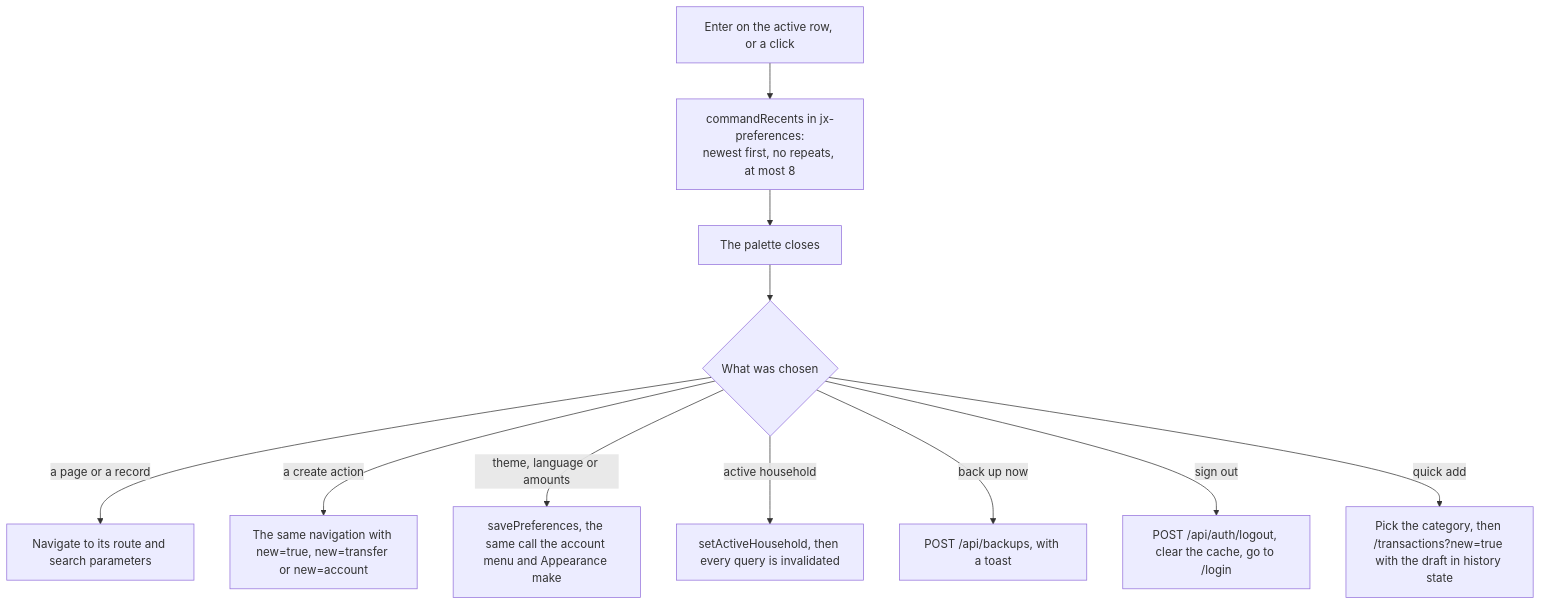
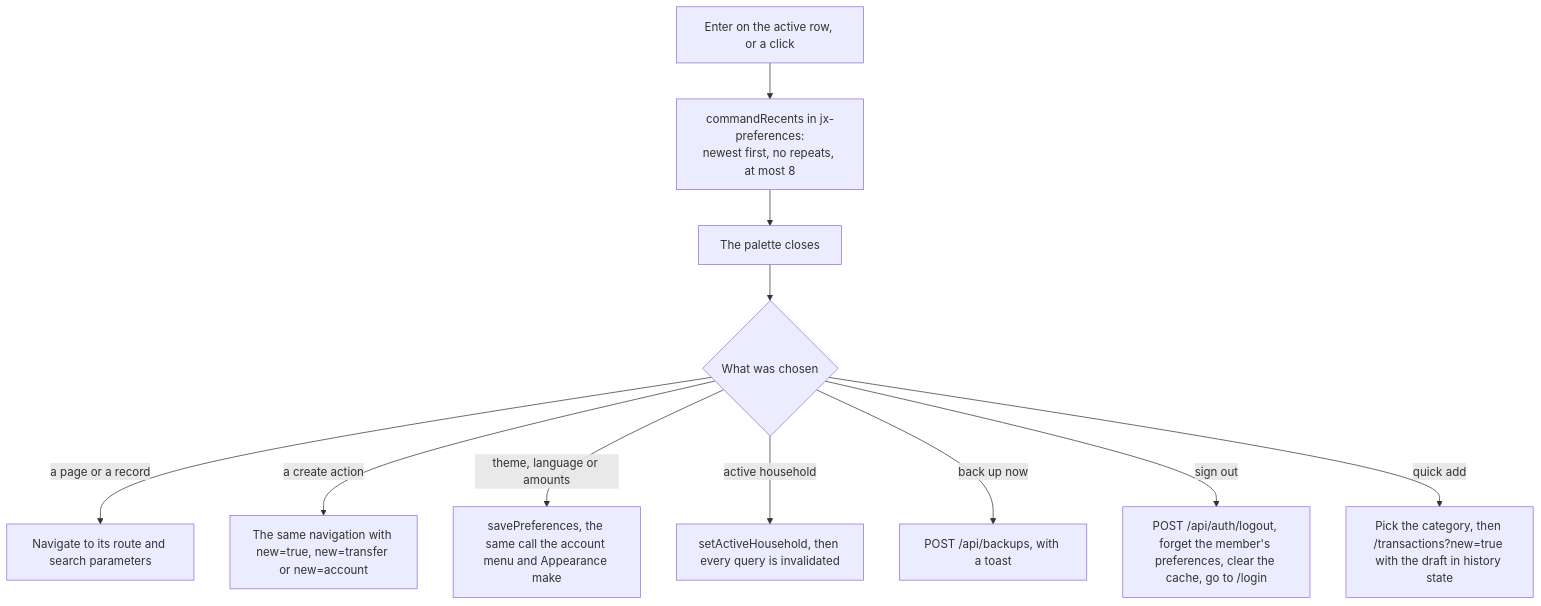
The sixth of 7 diagrams in docs/features/interface.md (Justxs/Jx-Finance), drawn with Mermaid before and after one commit. The commit also changed other lines of this file and 369 other files, not shown here.

````diff
--- a/docs/features/interface.md
+++ b/docs/features/interface.md
@@ -148,13 +153,13 @@
 ```mermaid
 flowchart TD
     Choose["Enter on the active row, or a click"] --> Remember["commandRecents in jx-preferences:<br/>newest first, no repeats, at most 8"]
     Remember --> Close["The palette closes"]
     Close --> Kind{"What was chosen"}
     Kind -->|"a page or a record"| Nav["Navigate to its route and search parameters"]
     Kind -->|"a create action"| Url["The same navigation with new=true, new=transfer or new=account"]
     Kind -->|"theme, language or amounts"| Pref["savePreferences, the same call the account menu and Appearance make"]
     Kind -->|"active household"| Scope["setActiveHousehold, then every query is invalidated"]
     Kind -->|"back up now"| Backup["POST /api/backups, with a toast"]
-    Kind -->|"sign out"| Out["POST /api/auth/logout, clear the cache, go to /login"]
+    Kind -->|"sign out"| Out["POST /api/auth/logout, forget the member's preferences, clear the cache, go to /login"]
     Kind -->|"quick add"| Quick["Pick the category, then /transactions?new=true with the draft in history state"]
 ```
````
